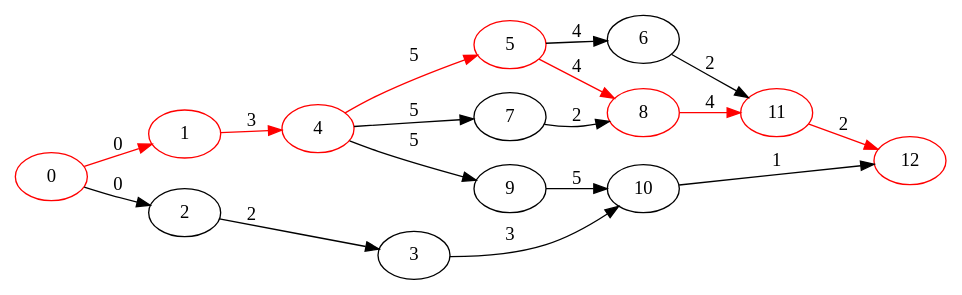
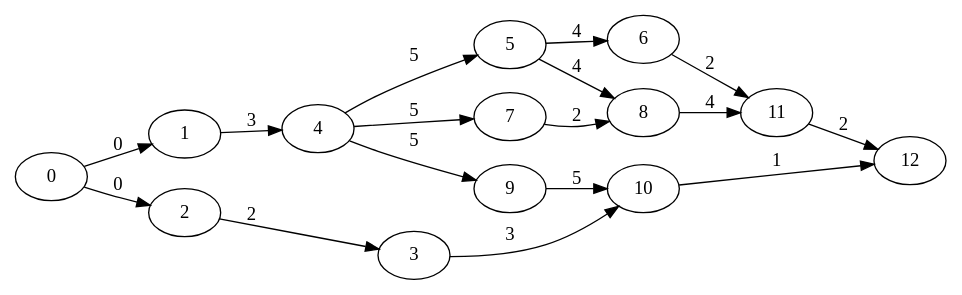
The diagram in out/4.gv (avivi55/graphs), drawn with Graphviz before and after one commit. The commit also changed 59 other files, not shown here.

```diff
--- a/out/4.gv
+++ b/out/4.gv
@@ -1,25 +1,18 @@
 digraph { rankdir=LR
-    "1" [color="red" label="1"]
-    "4" [color="red" label="4"]
-    "5" [color="red" label="5"]
-    "8" [color="red" label="8"]
-    "11" [color="red" label="11"]
-    "0" [color="red" label="0"]
-    "12" [color="red" label="12"]
-    "1" -> "4" [label="3" color="red" ]
+    "1" -> "4" [label="3" ]
     "2" -> "3" [label="2" ]
     "3" -> "10" [label="3" ]
-    "4" -> "5" [label="5" color="red" ]
+    "4" -> "5" [label="5" ]
     "4" -> "7" [label="5" ]
     "4" -> "9" [label="5" ]
     "5" -> "6" [label="4" ]
-    "5" -> "8" [label="4" color="red" ]
+    "5" -> "8" [label="4" ]
     "6" -> "11" [label="2" ]
     "7" -> "8" [label="2" ]
-    "8" -> "11" [label="4" color="red" ]
+    "8" -> "11" [label="4" ]
     "9" -> "10" [label="5" ]
     "10" -> "12" [label="1" ]
-    "11" -> "12" [label="2" color="red" ]
-    "0" -> "1" [label="0" color="red" color="red" ]
+    "11" -> "12" [label="2" ]
+    "0" -> "1" [label="0" ]
     "0" -> "2" [label="0" ]
 }
```
